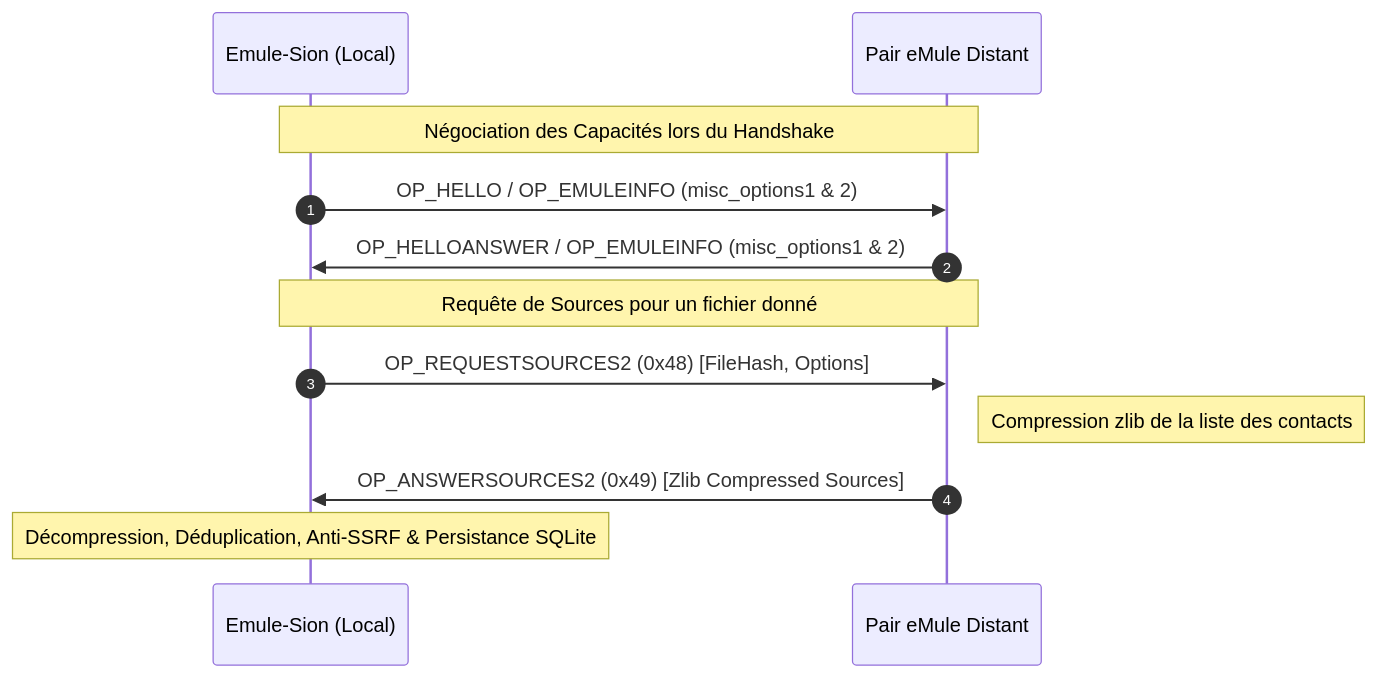
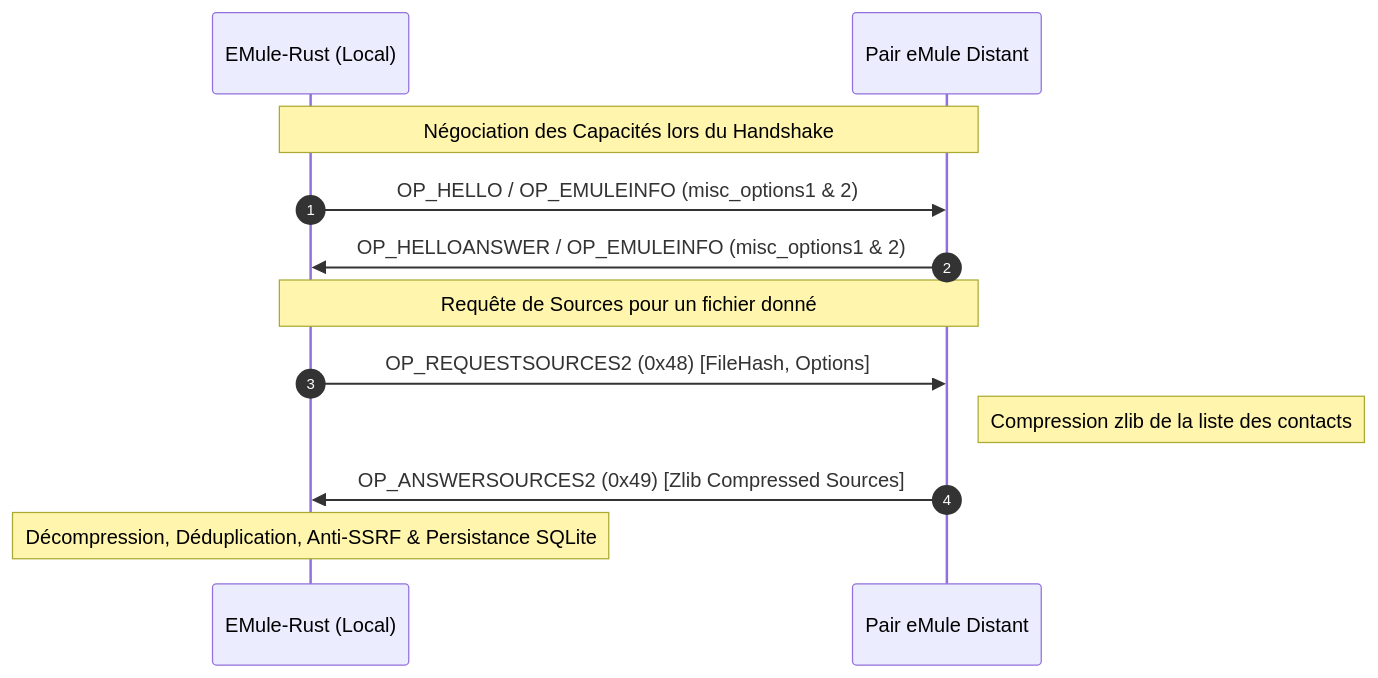
Before and after one commit to laurentgeynet-ux/eMule-Rust: the diagram in docs/walkthroughs/walkthrough_Phase_13.md, drawn with Mermaid. The commit also changed other lines of this file and 150 other files, not shown here.

First line of the commit message:
chore(rebrand): renommage Emule-Sion → eMule-Rust + icône de marque

````diff
--- a/docs/walkthroughs/walkthrough_Phase_13.md
+++ b/docs/walkthroughs/walkthrough_Phase_13.md
@@ -12,16 +12,16 @@
 ```mermaid
 sequenceDiagram
     autonumber
-    participant NotreClient as Emule-Sion (Local)
+    participant NotreClient as EMule-Rust (Local)
     participant Peer as Pair eMule Distant
 
     Note over NotreClient,Peer: Négociation des Capacités lors du Handshake
     NotreClient->>Peer: OP_HELLO / OP_EMULEINFO (misc_options1 & 2)
     Peer->>NotreClient: OP_HELLOANSWER / OP_EMULEINFO (misc_options1 & 2)
 
     Note over NotreClient,Peer: Requête de Sources pour un fichier donné
     NotreClient->>Peer: OP_REQUESTSOURCES2 (0x48) [FileHash, Options]
     Note right of Peer: Compression zlib de la liste des contacts
     Peer->>NotreClient: OP_ANSWERSOURCES2 (0x49) [Zlib Compressed Sources]
     Note over NotreClient: Décompression, Déduplication, Anti-SSRF & Persistance SQLite
 ```
````
